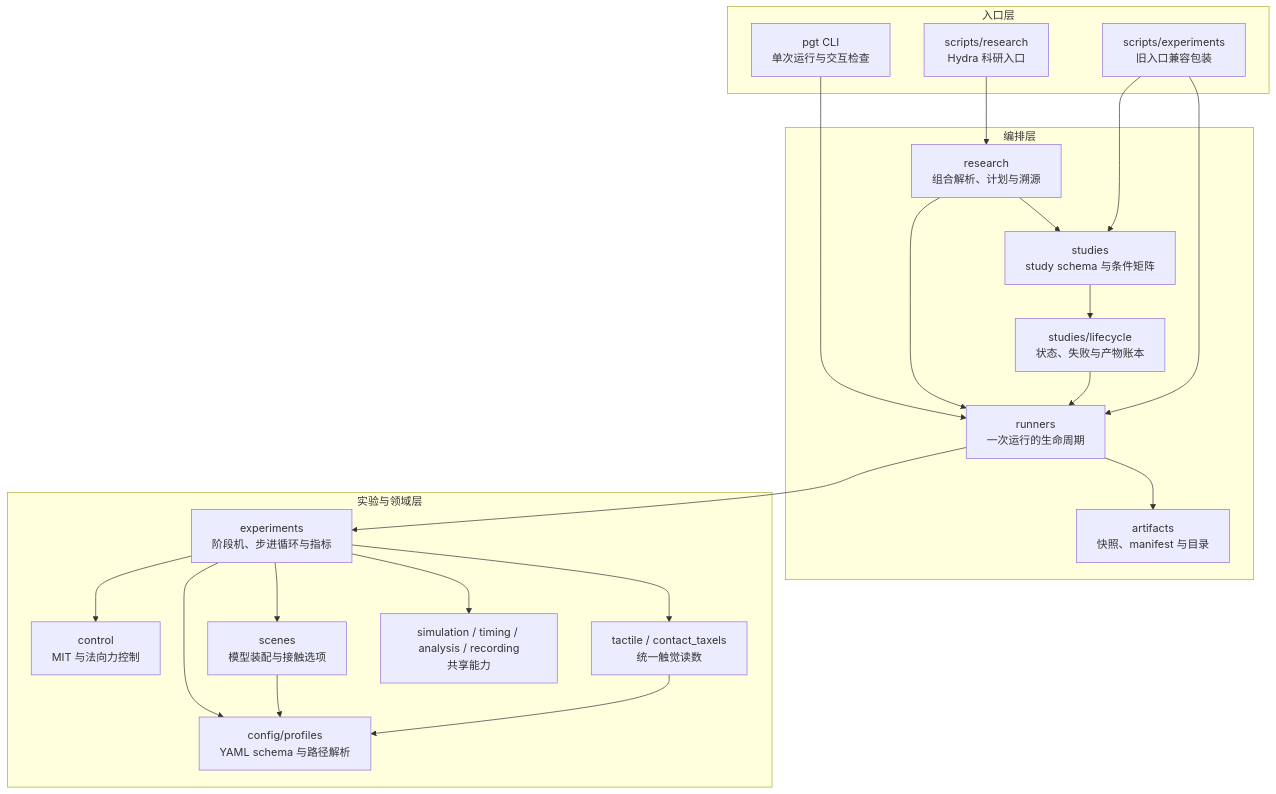
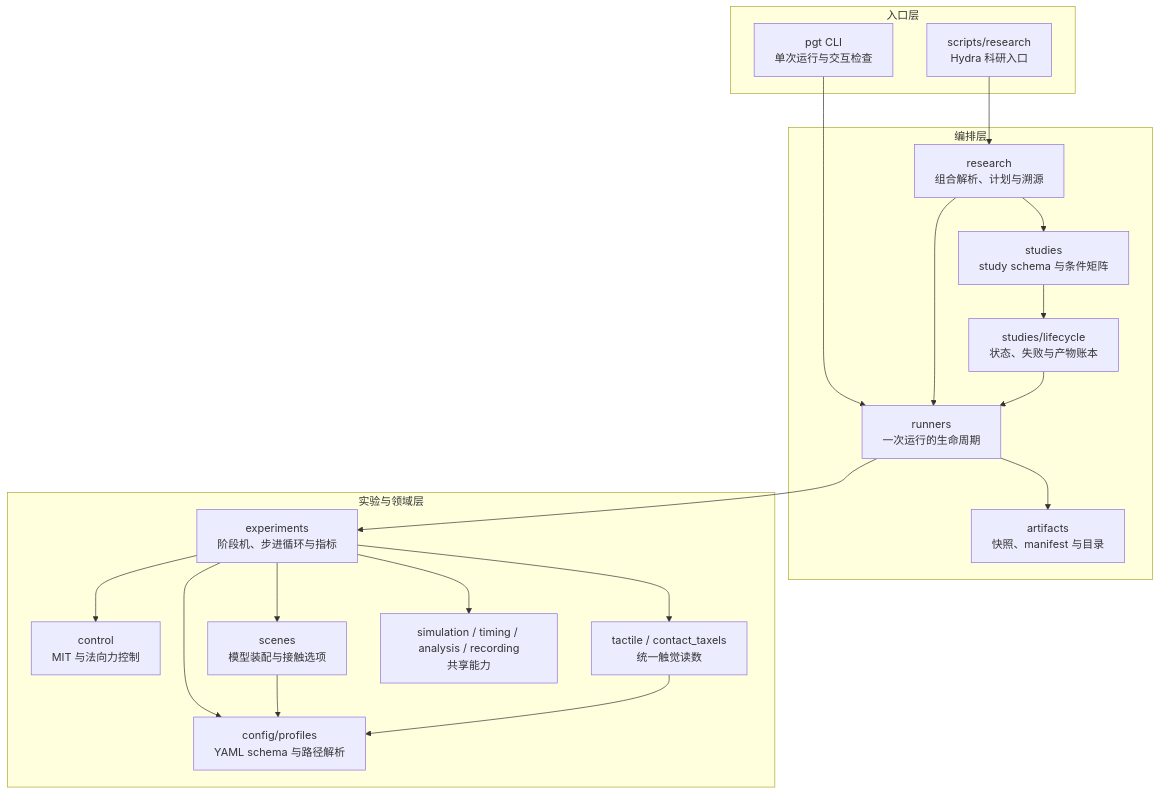
Before and after one commit to langxin11/parallel_gripper_tactile: the first of 2 diagrams in docs/architecture.md, drawn with Mermaid. The commit also changed other lines of this file and 21 other files, not shown here.

````diff
--- a/docs/architecture.md
+++ b/docs/architecture.md
@@ -8,43 +7,40 @@
 ```mermaid
 flowchart TB
   subgraph Entry[入口层]
     CLI["pgt CLI<br/>单次运行与交互检查"]
     Research["scripts/research<br/>Hydra 科研入口"]
-    Scripts["scripts/experiments<br/>旧入口兼容包装"]
   end
 
   subgraph Orchestration[编排层]
     Resolve["research<br/>组合解析、计划与溯源"]
     Study["studies<br/>study schema 与条件矩阵"]
     Lifecycle["studies/lifecycle<br/>状态、失败与产物账本"]
     Runner["runners<br/>一次运行的生命周期"]
     Artifacts["artifacts<br/>快照、manifest 与目录"]
   end
 
   subgraph Domain[实验与领域层]
     Experiments["experiments<br/>阶段机、步进循环与指标"]
     Control["control<br/>MIT 与法向力控制"]
     Tactile["tactile / contact_taxels<br/>统一触觉读数"]
     Scenes["scenes<br/>模型装配与接触选项"]
     Profiles["config/profiles<br/>YAML schema 与路径解析"]
     Shared["simulation / timing / analysis / recording<br/>共享能力"]
   end
 
   CLI --> Runner
   Research --> Resolve
   Resolve --> Runner
   Resolve --> Study
   Study --> Lifecycle
   Lifecycle --> Runner
-  Scripts --> Study
-  Scripts --> Runner
   Runner --> Artifacts
   Runner --> Experiments
   Experiments --> Control
   Experiments --> Tactile
   Experiments --> Scenes
   Experiments --> Profiles
   Experiments --> Shared
   Scenes --> Profiles
   Tactile --> Profiles
 ```
````
